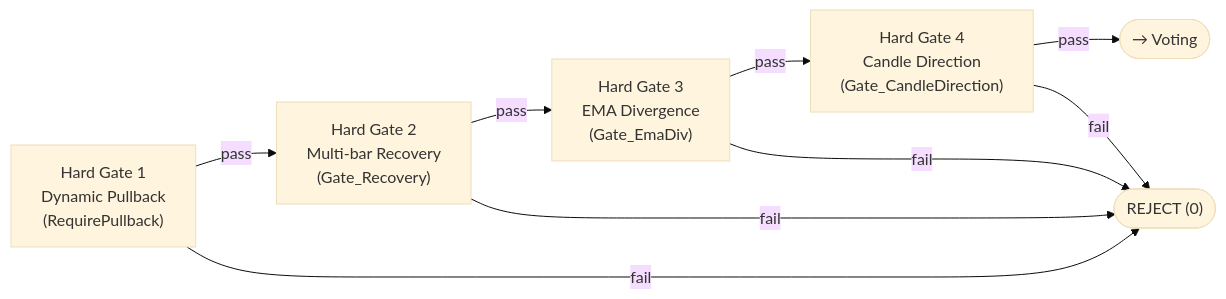
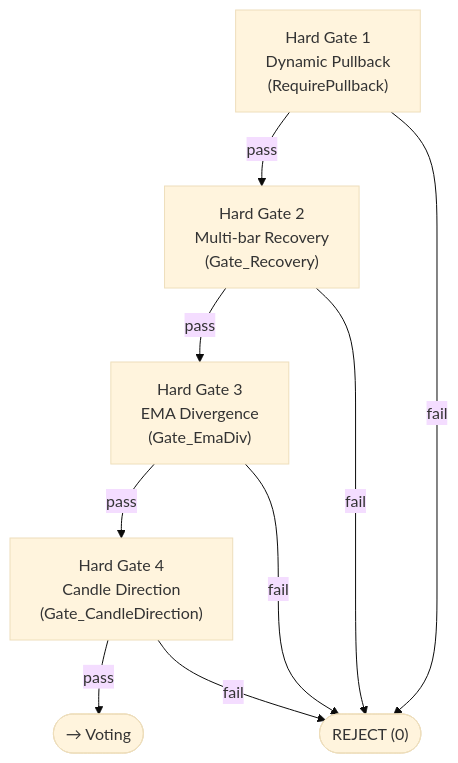
The third of 3 diagrams in Readme/README_SYSTEM.md (msmaciej/RRM_SEA), drawn with Mermaid (base theme) before and after one commit.

Commit message:
Fix formatting in README_SYSTEM.md for hard gates
LR->TD mermaid diagram

````diff
--- a/Readme/README_SYSTEM.md
+++ b/Readme/README_SYSTEM.md
@@ -319,18 +319,18 @@
 ```mermaid
-flowchart LR
+flowchart TD
     G1["Hard Gate 1\nDynamic Pullback\n(RequirePullback)"]
     G2["Hard Gate 2\nMulti-bar Recovery\n(Gate_Recovery)"]
     G3["Hard Gate 3\nEMA Divergence\n(Gate_EmaDiv)"]
     G4["Hard Gate 4\nCandle Direction\n(Gate_CandleDirection)"]
     PASS(["→ Voting"])
     REJECT(["REJECT (0)"])
 
     G1 -->|pass| G2
     G1 -->|fail| REJECT
     G2 -->|pass| G3
     G2 -->|fail| REJECT
     G3 -->|pass| G4
     G3 -->|fail| REJECT
     G4 -->|pass| PASS
     G4 -->|fail| REJECT
 ```
````
